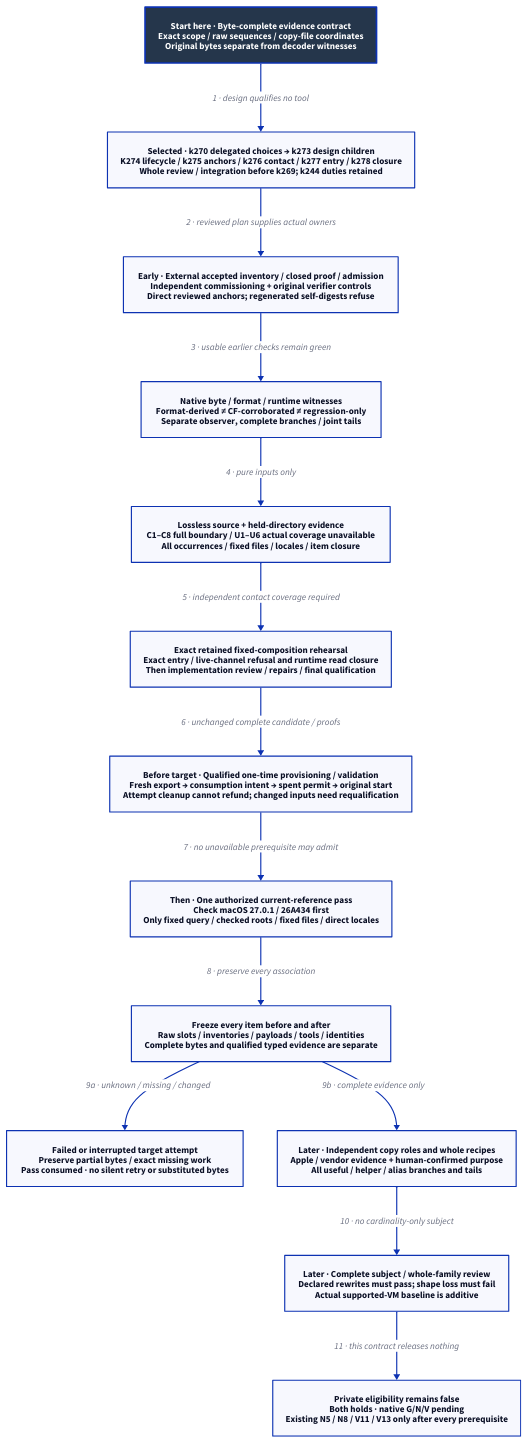
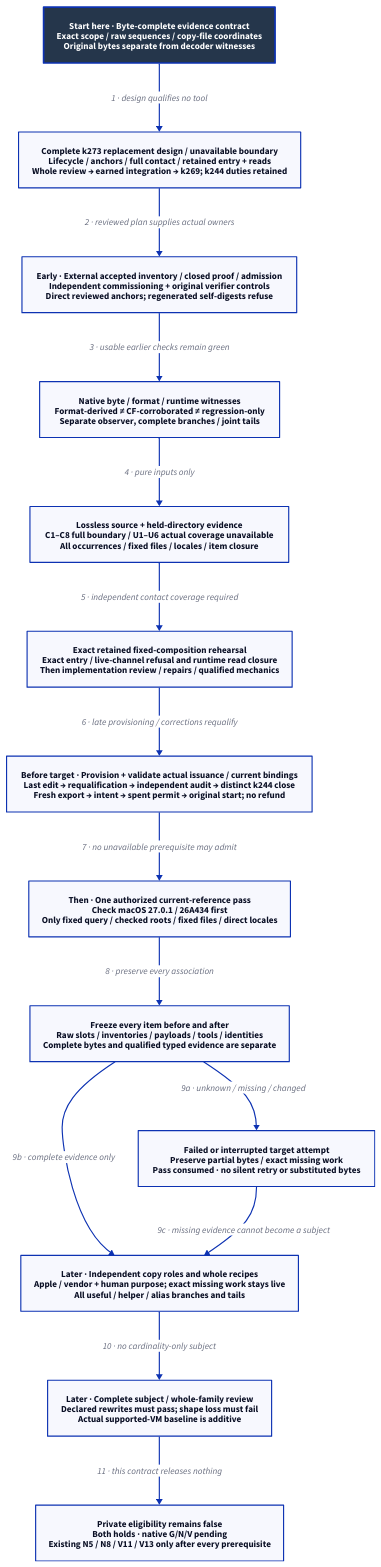
One commit to Linkuistics/Koine changed the diagram in docs/design/architecture/native-reference-evidence.d2. Above: the diagram before and after it, drawn with D2. The commit also changed 48 other files, not shown here.

Commit message:
Reconcile complete reference admission design (reference-evidence-admission-reconciliation-k278, reference-evidence-admission-repair-k273)

```diff
--- a/docs/design/architecture/native-reference-evidence.d2
+++ b/docs/design/architecture/native-reference-evidence.d2
@@ -1,30 +1,31 @@
 # Admission repair design; mandatory review and replanning precede unbuilt qualification.
 direction: down
 classes: {
   start: {style: {fill: "#25364B"; font-color: "#FFFFFF"; bold: true; stroke-width: 3}}
 }
 Start: "Start here · Byte-complete evidence contract\nExact scope / raw sequences / copy-file coordinates\nOriginal bytes separate from decoder witnesses" {class: start}
-Plan: "Selected · k270 delegated choices → k273 design children\nK274 lifecycle / k275 anchors / k276 contact / k277 entry / k278 closure\nWhole review / integration before k269; k244 duties retained"
+Plan: "Complete k273 replacement design / unavailable boundary\nLifecycle / anchors / full contact / retained entry + reads\nWhole review → earned integration → k269; k244 duties retained"
 Replay: "Early · External accepted inventory / closed proof / admission\nIndependent commissioning + original verifier controls\nDirect reviewed anchors; regenerated self-digests refuse"
 Decode: "Native byte / format / runtime witnesses\nFormat-derived ≠ CF-corroborated ≠ regression-only\nSeparate observer, complete branches / joint tails"
 Source: "Lossless source + held-directory evidence\nC1–C8 full boundary / U1–U6 actual coverage unavailable\nAll occurrences / fixed files / locales / item closure"
-Pure: "Exact retained fixed-composition rehearsal\nExact entry / live-channel refusal and runtime read closure\nThen implementation review / repairs / final qualification"
-Authority: "Before target · Qualified one-time provisioning / validation\nFresh export → consumption intent → spent permit → original start\nAttempt cleanup cannot refund; changed inputs need requalification"
+Pure: "Exact retained fixed-composition rehearsal\nExact entry / live-channel refusal and runtime read closure\nThen implementation review / repairs / qualified mechanics"
+Authority: "Before target · Provision + validate actual issuance / current bindings\nLast edit → requalification → independent audit → distinct k244 close\nFresh export → intent → spent permit → original start; no refund"
 Pass: "Then · One authorized current-reference pass\nCheck macOS 27.0.1 / 26A434 first\nOnly fixed query / checked roots / fixed files / direct locales"
 Closure: "Freeze every item before and after\nRaw slots / inventories / payloads / tools / identities\nComplete bytes and qualified typed evidence are separate"
 Failed: "Failed or interrupted target attempt\nPreserve partial bytes / exact missing work\nPass consumed · no silent retry or substituted bytes"
-Roles: "Later · Independent copy roles and whole recipes\nApple / vendor evidence + human-confirmed purpose\nAll useful / helper / alias branches and tails"
+Roles: "Later · Independent copy roles and whole recipes\nApple / vendor + human purpose; exact missing work stays live\nAll useful / helper / alias branches and tails"
 Review: "Later · Complete subject / whole-family review\nDeclared rewrites must pass; shape loss must fail\nActual supported-VM baseline is additive"
 Hold: "Private eligibility remains false\nBoth holds · native G/N/V pending\nExisting N5 / N8 / V11 / V13 only after every prerequisite"
 Start -> Plan: "1 · design qualifies no tool"
 Plan -> Replay: "2 · reviewed plan supplies actual owners"
 Replay -> Decode: "3 · usable earlier checks remain green"
 Decode -> Source: "4 · pure inputs only"
 Source -> Pure: "5 · independent contact coverage required"
-Pure -> Authority: "6 · unchanged complete candidate / proofs"
+Pure -> Authority: "6 · late provisioning / corrections requalify"
 Authority -> Pass: "7 · no unavailable prerequisite may admit"
 Pass -> Closure: "8 · preserve every association"
 Closure -> Failed: "9a · unknown / missing / changed"
 Closure -> Roles: "9b · complete evidence only"
+Failed -> Roles: "9c · missing evidence cannot become a subject"
 Roles -> Review: "10 · no cardinality-only subject"
 Review -> Hold: "11 · this contract releases nothing"
```
